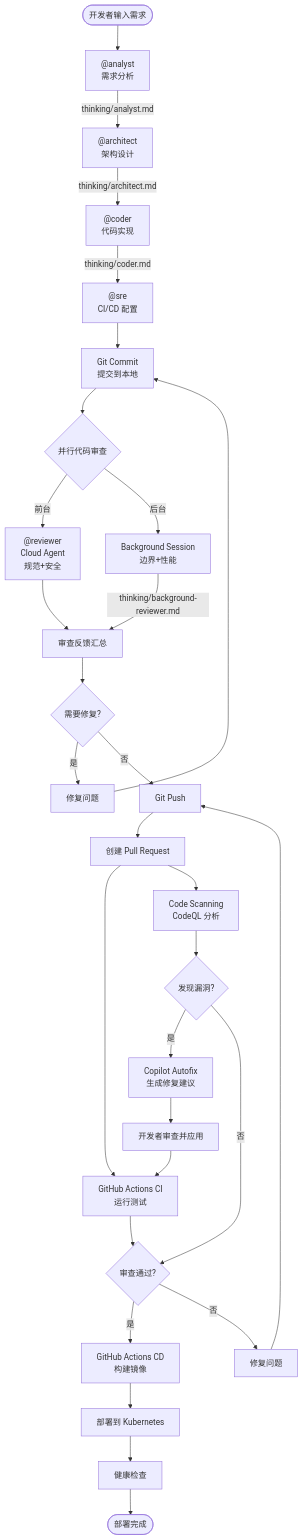
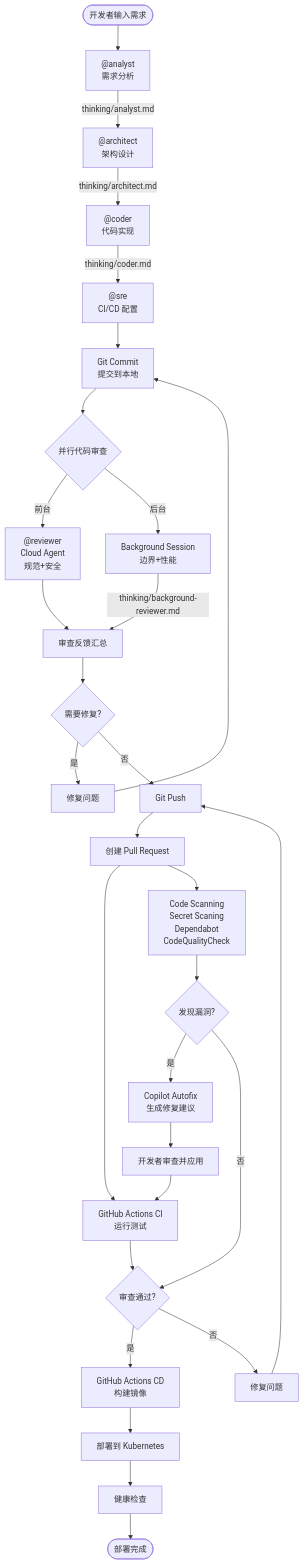
One commit to ghcpSharing/library changed the fourth of 4 diagrams in labs/agents/README.md. Above: the diagram before and after it, drawn with Mermaid. The commit also changed other lines of this file, not shown here.

````diff
--- a/labs/agents/README.md
+++ b/labs/agents/README.md
@@ -580,43 +586,43 @@
 ```mermaid
 graph TB
     Start([开发者输入需求]) --> A1["#64;analyst<br/>需求分析"]
     A1 --> |thinking/analyst.md| A2["#64;architect<br/>架构设计"]
     A2 --> |thinking/architect.md| A3["#64;coder<br/>代码实现"]
     A3 --> |thinking/coder.md| A4["#64;sre<br/>CI/CD 配置"]
     
     A4 --> GitCommit[Git Commit<br/>提交到本地]
     
     GitCommit --> Review{并行代码审查}
     
     Review --> |前台| CloudReview["#64;reviewer<br/>Cloud Agent<br/>规范+安全"]
     Review --> |后台| BGReview[Background Session<br/>边界+性能]
     
     CloudReview --> ReviewResult[审查反馈汇总]
     BGReview --> |thinking/background-reviewer.md| ReviewResult
     
     ReviewResult --> FixIssues{需要修复?}
     FixIssues --> |是| LocalFix[修复问题]
     LocalFix --> GitCommit
     
     FixIssues --> |否| GitPush[Git Push]
     GitPush --> PR[创建 Pull Request]
     
     PR --> CI[GitHub Actions CI<br/>运行测试]
-    PR --> CS[Code Scanning<br/>CodeQL 分析]
+    PR --> CS[Code Scanning<br/>Secret Scaning<br/>Dependabot<br/>CodeQualityCheck]
     
     CS --> AF{发现漏洞?}
     AF --> |是| Autofix[Copilot Autofix<br/>生成修复建议]
     Autofix --> Dev[开发者审查并应用]
     Dev --> CI
     
     AF --> |否| Merge{审查通过?}
     CI --> Merge
     
     Merge --> |是| CD[GitHub Actions CD<br/>构建镜像]
     CD --> K8s[部署到 Kubernetes]
     K8s --> Health[健康检查]
     Health --> Done([部署完成])
     
     Merge --> |否| Fix[修复问题]
     Fix --> GitPush
 ```
````
